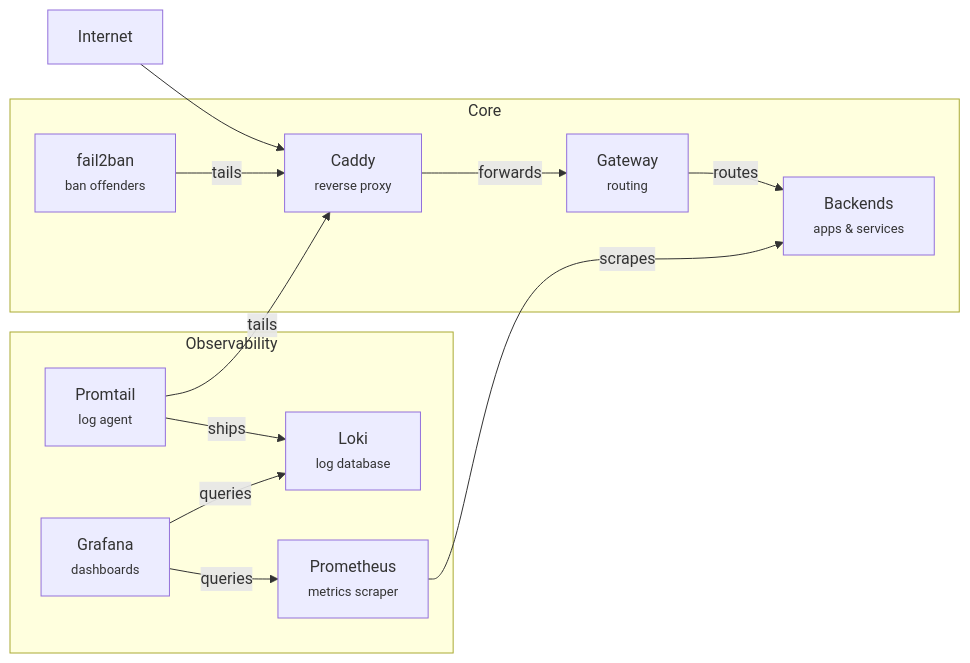
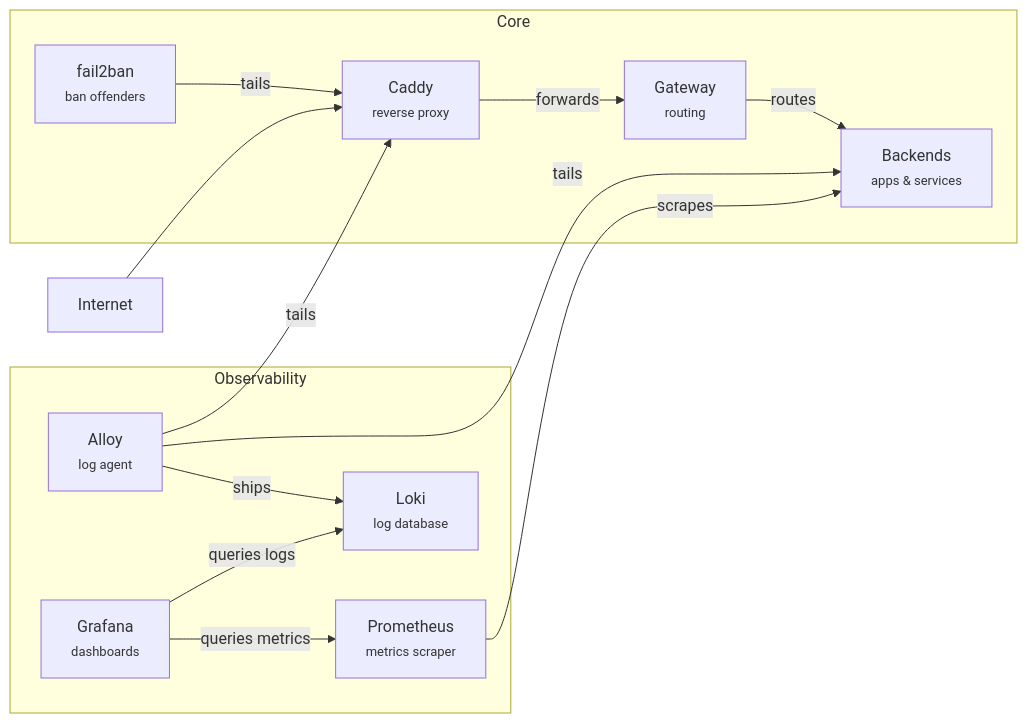
Before and after one commit to dario-mr/shipyard: the diagram in README.md, drawn with Mermaid. The commit also changed other lines of this file and 17 other files, not shown here.

Commit message:
migrate promtail to alloy

````diff
--- a/README.md
+++ b/README.md
@@ -10,26 +10,27 @@
 ```mermaid
 flowchart LR
     Internet["Internet"]
     Caddy["Caddy<br/><span style='font-size:13px'>reverse proxy</span>"]
     Gateway["Gateway<br/><span style='font-size:13px'>routing</span>"]
     Backends["Backends<br/><span style='font-size:13px'>apps & services</span>"]
     fail2ban["fail2ban<br/><span style='font-size:13px'>ban offenders</span>"]
-    Promtail["Promtail<br/><span style='font-size:13px'>log agent</span>"]
+    Alloy["Alloy<br/><span style='font-size:13px'>log agent</span>"]
     Loki["Loki<br/><span style='font-size:13px'>log database</span>"]
     Prometheus["Prometheus<br/><span style='font-size:13px'>metrics scraper</span>"]
     Grafana["Grafana<br/><span style='font-size:13px'>dashboards</span>"]
     Internet --> Caddy
 
     subgraph Core
         Caddy -->|forwards| Gateway -->|routes| Backends
         fail2ban -->|tails| Caddy
     end
 
     subgraph Observability
-        Promtail -->|tails| Caddy
-        Promtail -->|ships| Loki
-        Grafana -->|queries| Loki
-        Grafana -->|queries| Prometheus
+        Alloy -->|tails| Caddy
+        Alloy -->|tails| Backends
+        Alloy -->|ships| Loki
+        Grafana -->|queries logs| Loki
+        Grafana -->|queries metrics| Prometheus
         Prometheus -->|scrapes| Backends
     end
 ```
````
